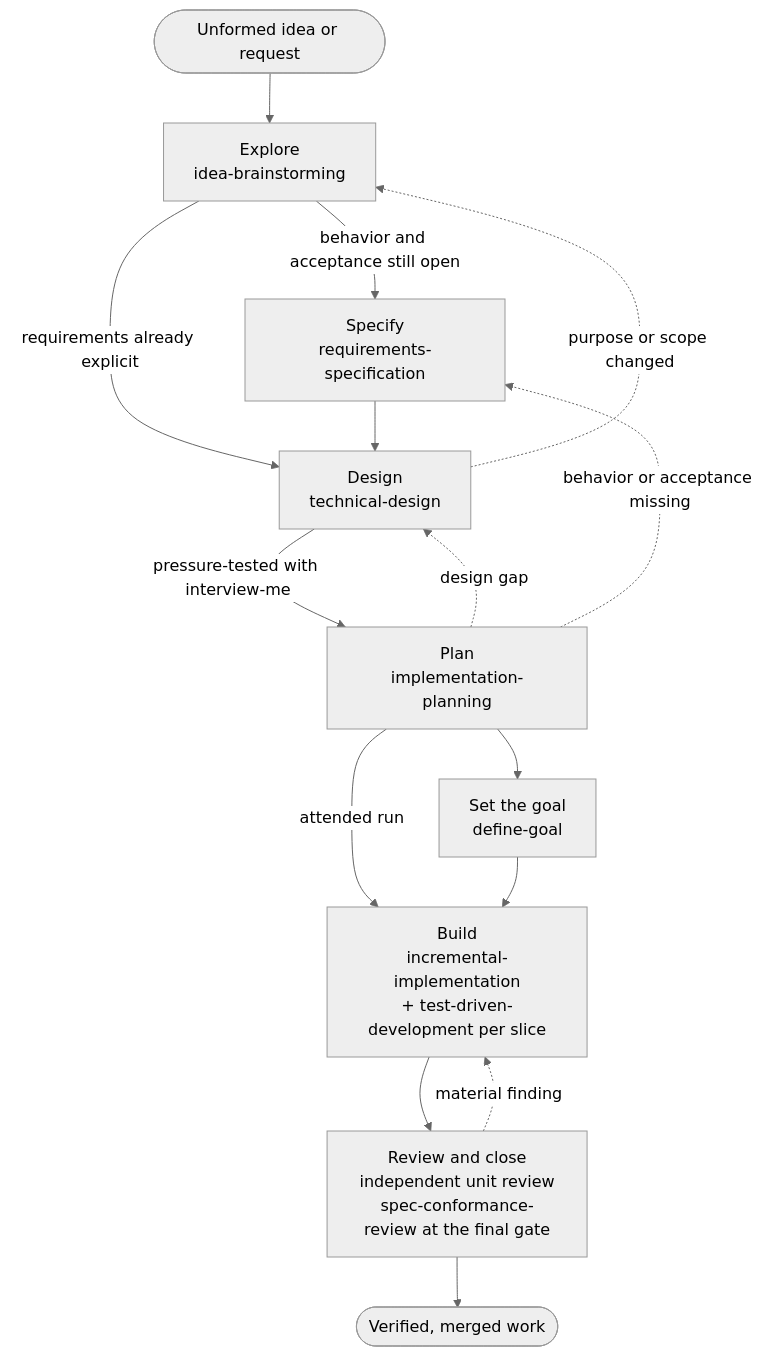
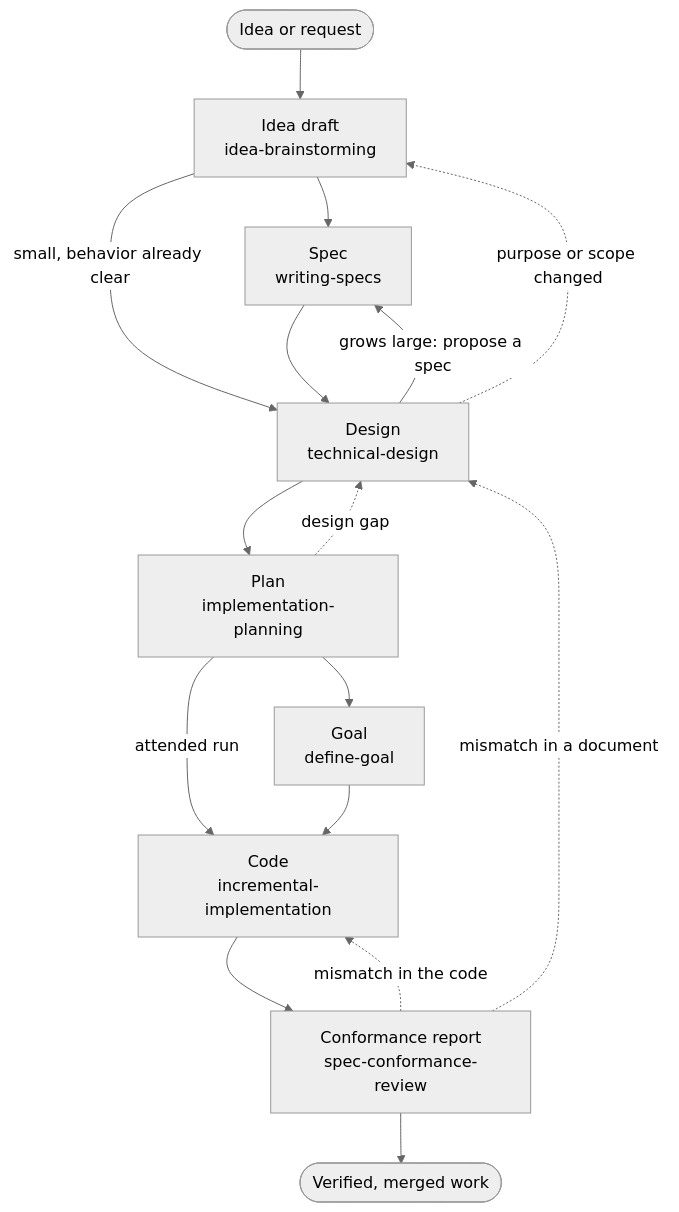
One commit to jonatsu/agent-skills changed the diagram in ENGINEERING-PIPELINE.md. Above: the diagram before and after it, drawn with Mermaid (neutral theme). The commit also changed other lines of this file, not shown here.

First line of the commit message:
docs(skills): rewrite the engineering pipeline around its document chain

````diff
--- a/ENGINEERING-PIPELINE.md
+++ b/ENGINEERING-PIPELINE.md
@@ -27,18 +30,19 @@
 ```mermaid
 flowchart TD
-    idea([Unformed idea or request]) --> explore
-    explore["Explore<br/>idea-brainstorming"] -->|behavior and acceptance still open| specify
-    explore -->|requirements already explicit| design
-    specify["Specify<br/>requirements-specification"] --> design
-    design["Design<br/>technical-design"] -->|pressure-tested with interview-me| plan
-    plan["Plan<br/>implementation-planning"] --> goal
-    plan -->|attended run| build
-    goal["Set the goal<br/>define-goal"] --> build
-    build["Build<br/>incremental-implementation<br/>+ test-driven-development per slice"] --> review
-    review["Review and close<br/>independent unit review<br/>spec-conformance-review at the final gate"] --> done([Verified, merged work])
+    idea([Idea or request]) --> draft[Idea draft<br/>idea-brainstorming]
+    draft --> spec[Spec<br/>writing-specs]
+    draft -->|small, behavior already clear| design
+    spec --> design[Design<br/>technical-design]
+    design -->|grows large: propose a spec| spec
+    design --> plan[Plan<br/>implementation-planning]
+    plan --> goal[Goal<br/>define-goal]
+    plan -->|attended run| code
+    goal --> code[Code<br/>incremental-implementation]
+    code --> report[Conformance report<br/>spec-conformance-review]
+    report --> done([Verified, merged work])
 
+    report -.->|mismatch in the code| code
+    report -.->|mismatch in a document| design
     plan -.->|design gap| design
-    design -.->|purpose or scope changed| explore
-    plan -.->|behavior or acceptance missing| specify
-    review -.->|material finding| build
+    design -.->|purpose or scope changed| draft
 ```
````
